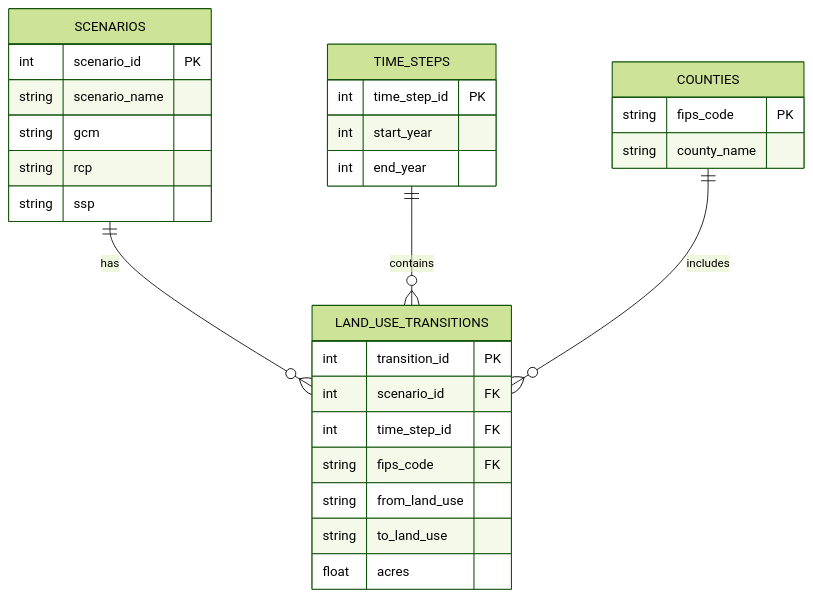
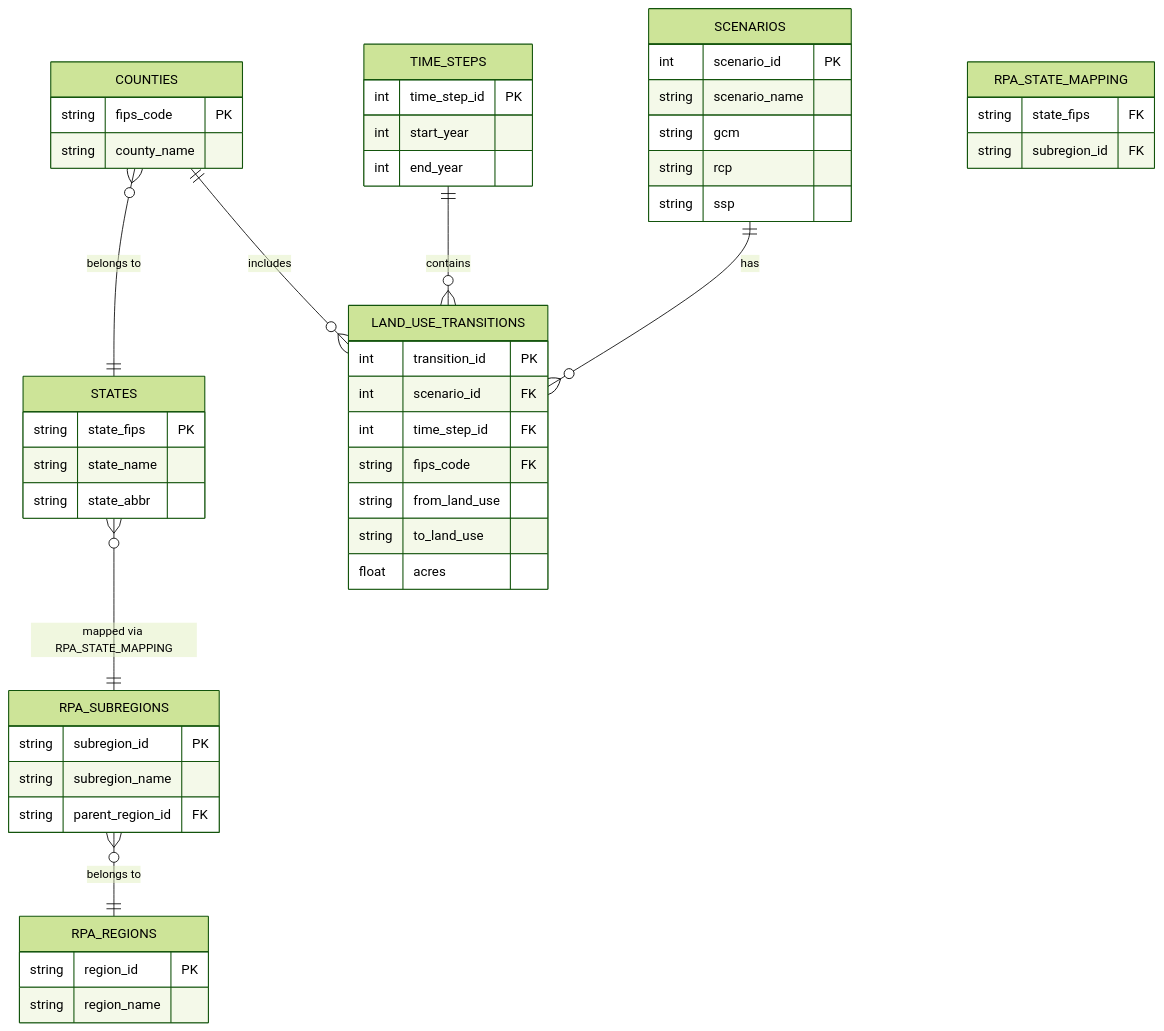
One commit to mihiarc/rpa-landuse-viewer changed the second of 3 diagrams in README.md. Above: the diagram before and after it, drawn with Mermaid (forest theme). The commit also changed other lines of this file and 3 other files, not shown here.

````diff
--- a/README.md
+++ b/README.md
@@ -157,32 +174,53 @@
 ```mermaid
 erDiagram
     SCENARIOS {
         int scenario_id PK
         string scenario_name
         string gcm
         string rcp
         string ssp
     }
     TIME_STEPS {
         int time_step_id PK
         int start_year
         int end_year
     }
     COUNTIES {
         string fips_code PK
         string county_name
     }
+    STATES {
+        string state_fips PK
+        string state_name
+        string state_abbr
+    }
+    RPA_REGIONS {
+        string region_id PK
+        string region_name
+    }
+    RPA_SUBREGIONS {
+        string subregion_id PK
+        string subregion_name
+        string parent_region_id FK
+    }
+    RPA_STATE_MAPPING {
+        string state_fips FK
+        string subregion_id FK
+    }
     LAND_USE_TRANSITIONS {
         int transition_id PK
         int scenario_id FK
         int time_step_id FK
         string fips_code FK
         string from_land_use
         string to_land_use
         float acres
     }
     
     SCENARIOS ||--o{ LAND_USE_TRANSITIONS : "has"
     TIME_STEPS ||--o{ LAND_USE_TRANSITIONS : "contains"
     COUNTIES ||--o{ LAND_USE_TRANSITIONS : "includes"
+    COUNTIES }o--|| STATES : "belongs to"
+    STATES }o--|| RPA_SUBREGIONS : "mapped via RPA_STATE_MAPPING"
+    RPA_SUBREGIONS }o--|| RPA_REGIONS : "belongs to"
 ```
````
